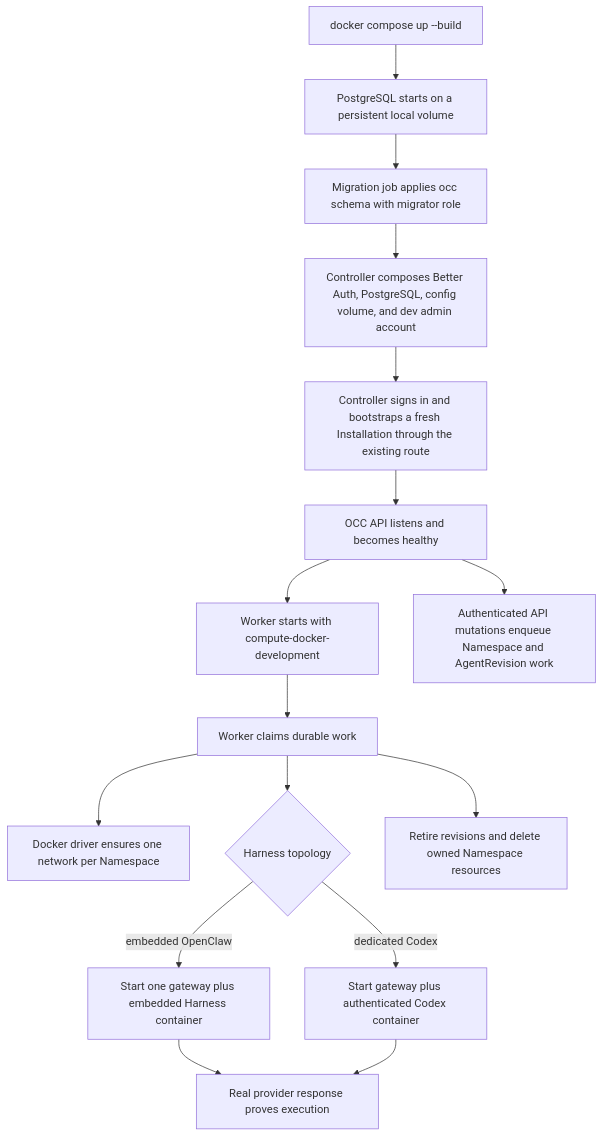
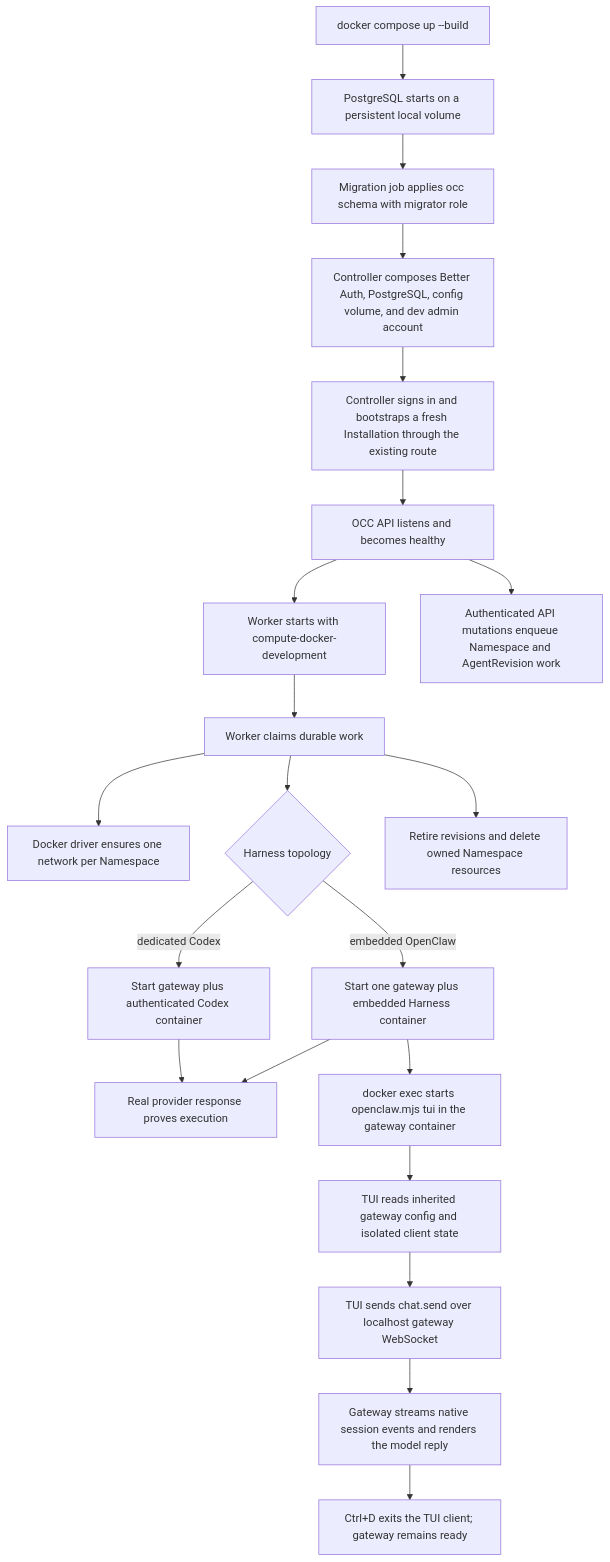
Before and after one commit to IsaiahStapleton/openclaw-enterprise: the diagram in docs/flows/docker-compose-development.md, drawn with Mermaid. The commit also changed other lines of this file and 7 other files, not shown here.

Commit message:
test: align TUI proof with quickstart config

````diff
--- a/docs/flows/docker-compose-development.md
+++ b/docs/flows/docker-compose-development.md
@@ -38,18 +43,23 @@
 ```mermaid
 graph TD
   A["docker compose up --build"] --> B["PostgreSQL starts on a persistent local volume"]
   B --> C["Migration job applies occ schema with migrator role"]
   C --> D["Controller composes Better Auth, PostgreSQL, config volume, and dev admin account"]
   D --> E["Controller signs in and bootstraps a fresh Installation through the existing route"]
   E --> F["OCC API listens and becomes healthy"]
   F --> G["Worker starts with compute-docker-development"]
   F --> H["Authenticated API mutations enqueue Namespace and AgentRevision work"]
   G --> I["Worker claims durable work"]
   I --> J["Docker driver ensures one network per Namespace"]
   I --> K{"Harness topology"}
   K -->|embedded OpenClaw| L["Start one gateway plus embedded Harness container"]
   K -->|dedicated Codex| M["Start gateway plus authenticated Codex container"]
   L --> N["Real provider response proves execution"]
   M --> N
-  I --> O["Retire revisions and delete owned Namespace resources"]
+  L --> O["docker exec starts openclaw.mjs tui in the gateway container"]
+  O --> P["TUI reads inherited gateway config and isolated client state"]
+  P --> Q["TUI sends chat.send over localhost gateway WebSocket"]
+  Q --> R["Gateway streams native session events and renders the model reply"]
+  R --> S["Ctrl+D exits the TUI client; gateway remains ready"]
+  I --> T["Retire revisions and delete owned Namespace resources"]
 ```
````
